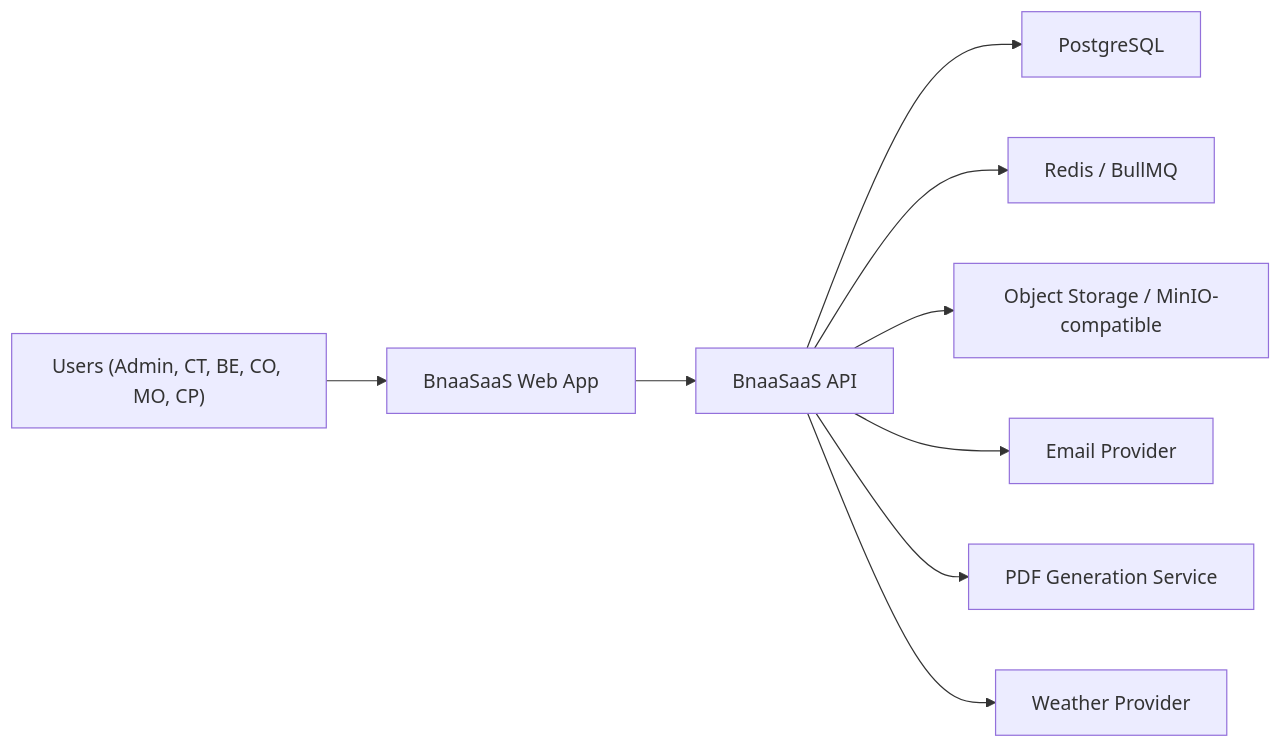
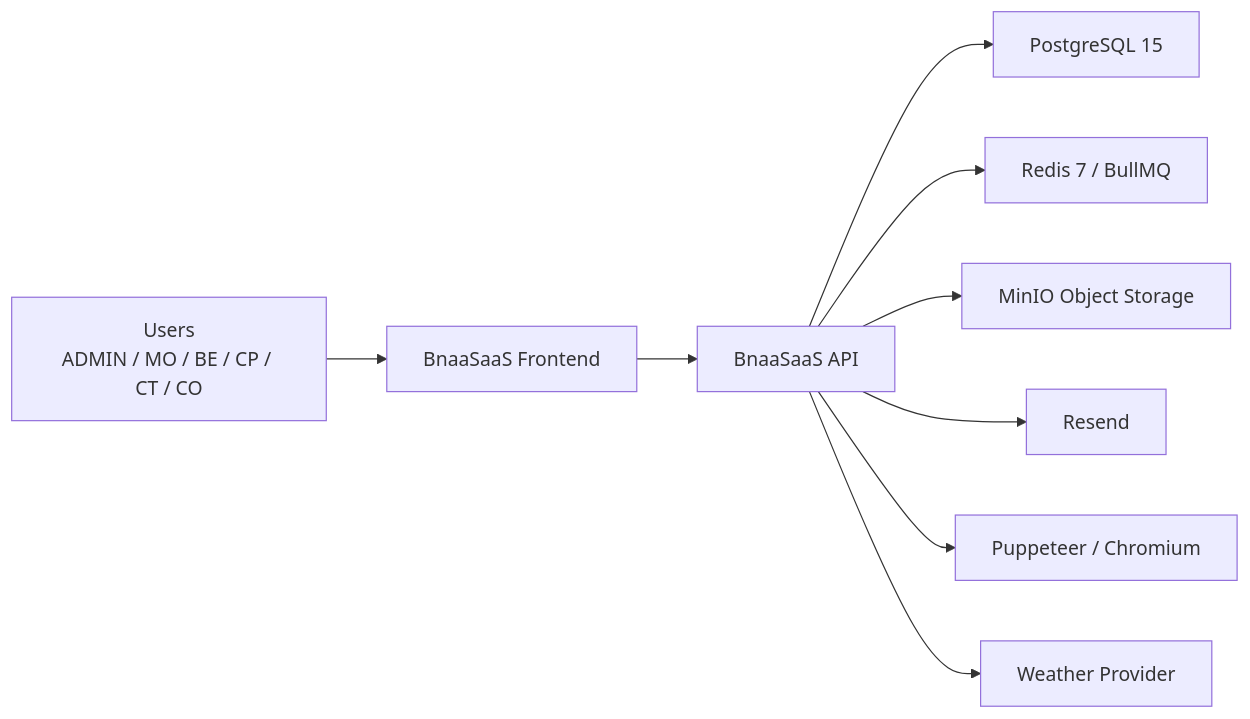
One commit to Dami-4-21/BNAA-2026-08-19-v0.1.0 changed the first of 4 diagrams in docs/technical-infrastructure-documentation.md. Above: the diagram before and after it, drawn with Mermaid. The commit also changed other lines of this file, not shown here.

Commit message:
Rewrite infrastructure documentation for BNAA spec

````diff
--- a/docs/technical-infrastructure-documentation.md
+++ b/docs/technical-infrastructure-documentation.md
@@ -274,11 +161,11 @@
 ```mermaid
 flowchart LR
-  Users["Users (Admin, CT, BE, CO, MO, CP)"] --> Web["BnaaSaaS Web App"]
-  Web --> Api["BnaaSaaS API"]
-  Api --> Db["PostgreSQL"]
-  Api --> Cache["Redis / BullMQ"]
-  Api --> Storage["Object Storage / MinIO-compatible"]
-  Api --> Mail["Email Provider"]
-  Api --> Pdf["PDF Generation Service"]
+  Users["Users<br/>ADMIN / MO / BE / CP / CT / CO"] --> Frontend["BnaaSaaS Frontend"]
+  Frontend --> Api["BnaaSaaS API"]
+  Api --> Db["PostgreSQL 15"]
+  Api --> Redis["Redis 7 / BullMQ"]
+  Api --> Storage["MinIO Object Storage"]
+  Api --> Email["Resend"]
+  Api --> Pdf["Puppeteer / Chromium"]
   Api --> Weather["Weather Provider"]
 ```
````
